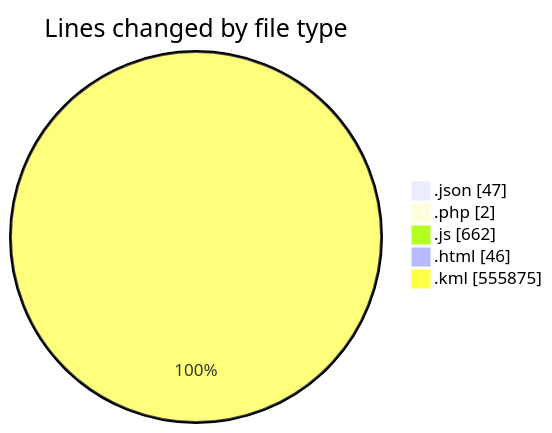
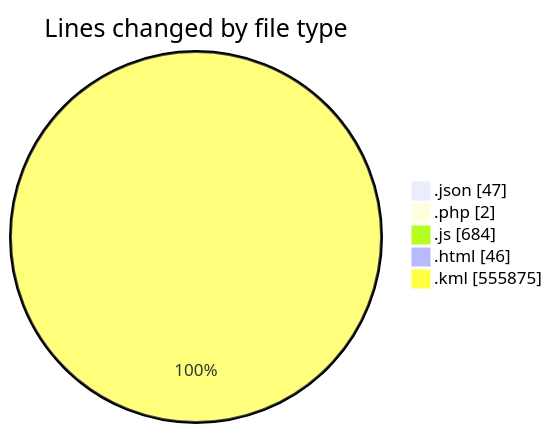
One commit to LanceThiago/code-tracking changed the first of 2 diagrams in 2025-03-27/kml/README.md. Above: the diagram before and after it, drawn with Mermaid. The commit also changed other lines of this file and 1 other file, not shown here.

````diff
--- a/2025-03-27/kml/README.md
+++ b/2025-03-27/kml/README.md
@@ -28,9 +28,9 @@
 ```mermaid
 pie showData
 title Lines changed by file type
 ".json" : 47
 ".php" : 2
-".js" : 662
+".js" : 684
 ".html" : 46
 ".kml" : 555875
 ```
````
